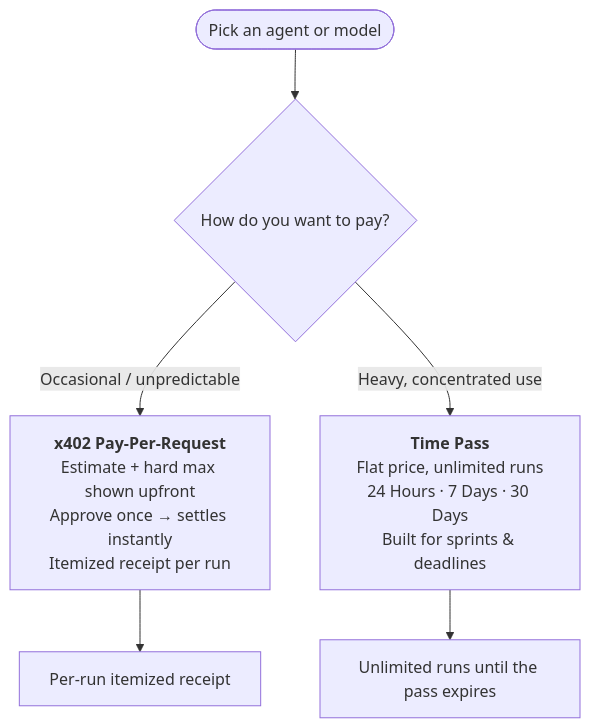
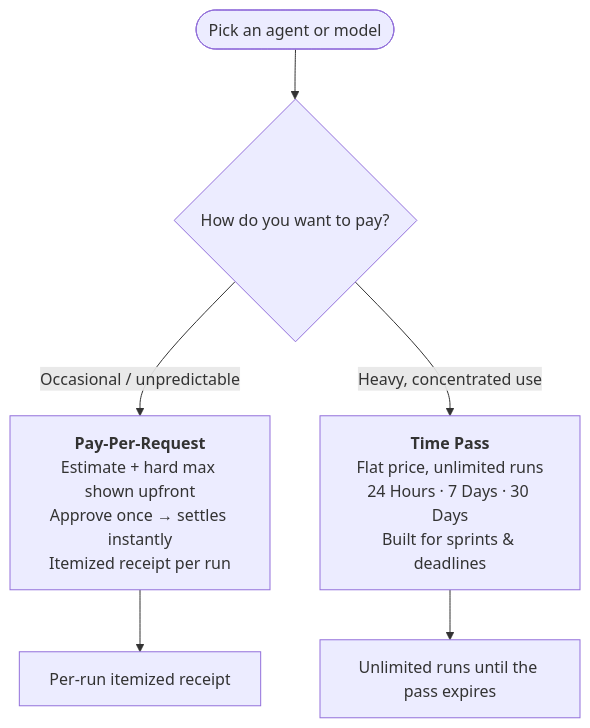
One commit to artomily/jatah-ai changed the third of 4 diagrams in README.md. Above: the diagram before and after it, drawn with Mermaid. The commit also changed other lines of this file and 55 other files, not shown here.

````diff
--- a/README.md
+++ b/README.md
@@ -91,10 +91,10 @@
 ```mermaid
 flowchart TD
     Start(["Pick an agent or model"]) --> Choice{"How do you want to pay?"}
 
-    Choice -->|"Occasional / unpredictable"| Usage["<b>x402 Pay-Per-Request</b><br/>Estimate + hard max shown upfront<br/>Approve once → settles instantly<br/>Itemized receipt per run"]
+    Choice -->|"Occasional / unpredictable"| Usage["<b>Pay-Per-Request</b><br/>Estimate + hard max shown upfront<br/>Approve once → settles instantly<br/>Itemized receipt per run"]
     Choice -->|"Heavy, concentrated use"| Pass["<b>Time Pass</b><br/>Flat price, unlimited runs<br/>24 Hours · 7 Days · 30 Days<br/>Built for sprints & deadlines"]
 
     Usage --> Receipt["Per-run itemized receipt"]
     Pass --> Window["Unlimited runs until the pass expires"]
 ```
````
